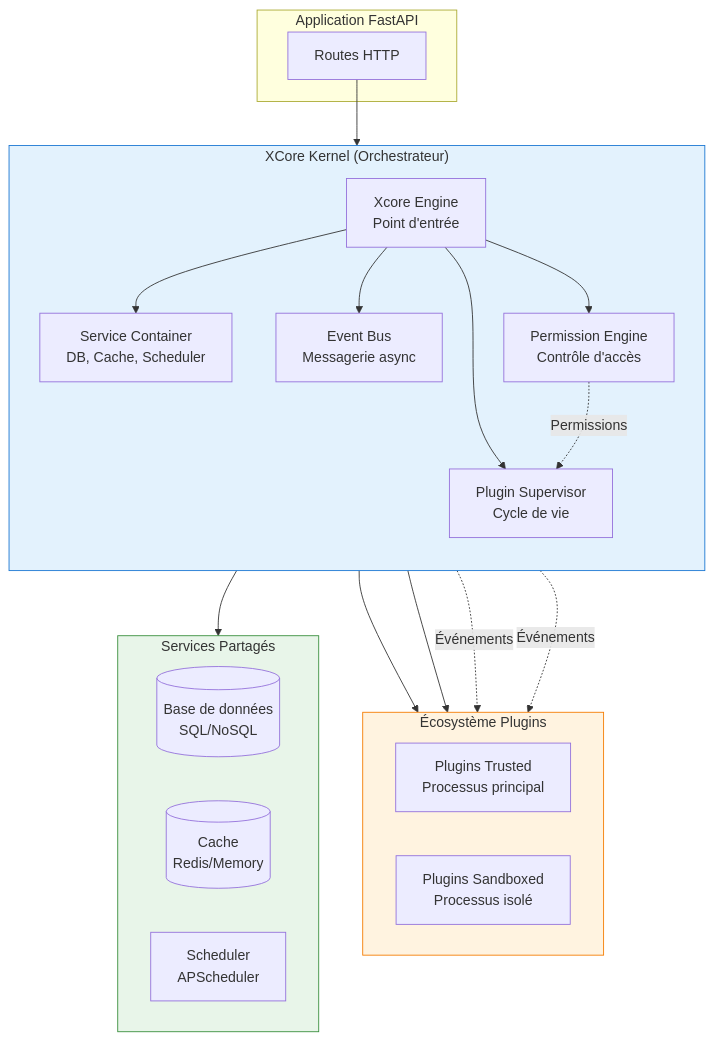
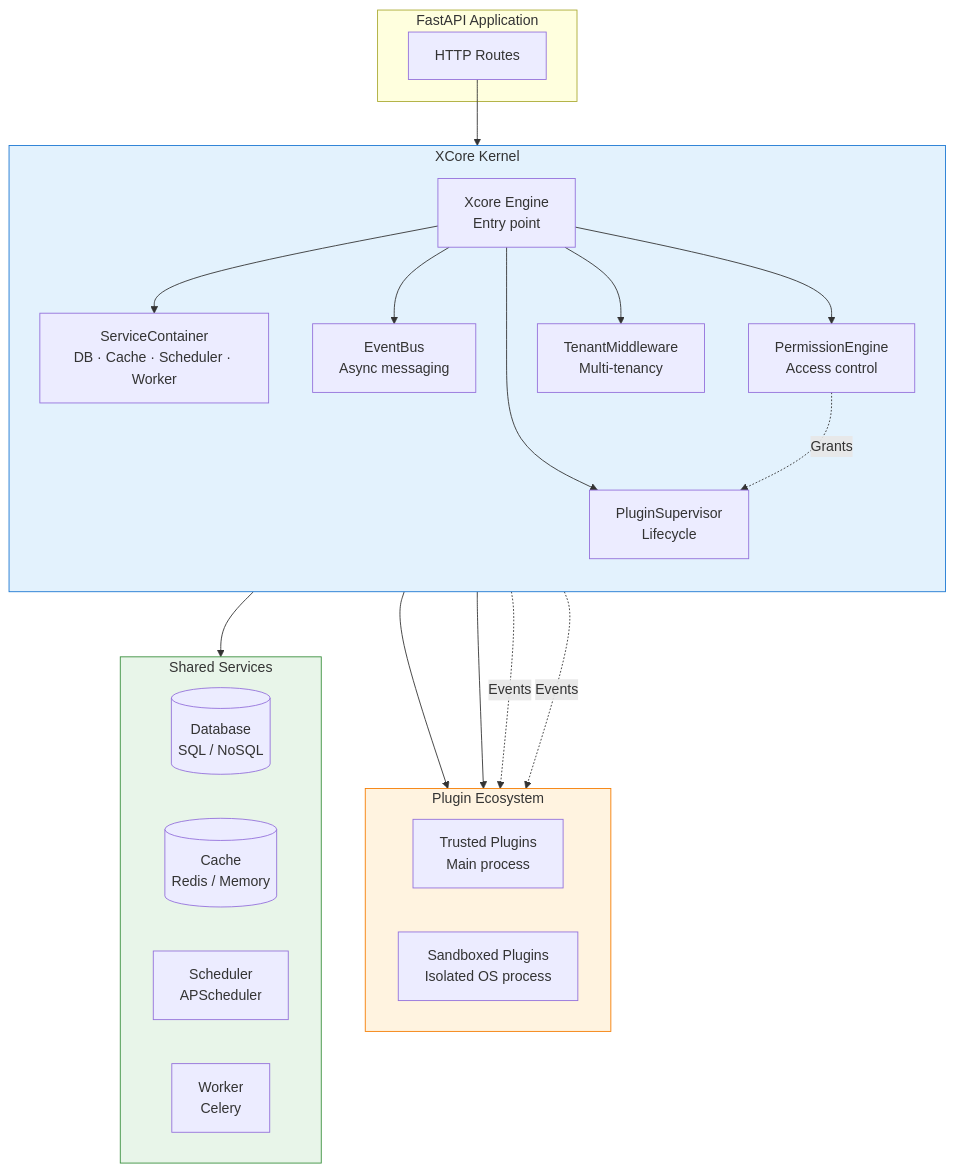
Before and after one commit to traoreera/xcore: the second of 3 diagrams in doc/index.md, drawn with Mermaid. The commit also changed other lines of this file and 41 other files, not shown here.

Commit message:
referance au package sdk de xcore-team pour xcore afin d'allege le code base du runtime

````diff
--- a/doc/index.md
+++ b/doc/index.md
@@ -67,45 +64,40 @@
 ```mermaid
 flowchart TB
-    subgraph App["Application FastAPI"]
-        FA[Routes HTTP]
+    subgraph App["FastAPI Application"]
+        FA[HTTP Routes]
     end
 
-    subgraph Kernel["XCore Kernel (Orchestrateur)"]
+    subgraph Kernel["XCore Kernel"]
         direction TB
-        X[Xcore Engine<br/>Point d'entrée]
-        SC[Service Container<br/>DB, Cache, Scheduler]
-        PS[Plugin Supervisor<br/>Cycle de vie]
-        EB[Event Bus<br/>Messagerie async]
-        PE[Permission Engine<br/>Contrôle d'accès]
+        X[Xcore Engine<br/>Entry point]
+        SC[ServiceContainer<br/>DB · Cache · Scheduler · Worker]
+        PS[PluginSupervisor<br/>Lifecycle]
+        EB[EventBus<br/>Async messaging]
+        PE[PermissionEngine<br/>Access control]
+        TM[TenantMiddleware<br/>Multi-tenancy]
     end
 
-    subgraph Plugins["Écosystème Plugins"]
+    subgraph Plugins["Plugin Ecosystem"]
         direction LR
-        TP[Plugins Trusted<br/>Processus principal]
-        SP[Plugins Sandboxed<br/>Processus isolé]
+        TP[Trusted Plugins<br/>Main process]
+        SP[Sandboxed Plugins<br/>Isolated OS process]
     end
 
-    subgraph Services["Services Partagés"]
-        DB[(Base de données<br/>SQL/NoSQL)]
-        CACHE[(Cache<br/>Redis/Memory)]
+    subgraph Services["Shared Services"]
+        DB[(Database<br/>SQL / NoSQL)]
+        CACHE[(Cache<br/>Redis / Memory)]
         SCHED[Scheduler<br/>APScheduler]
+        WORKER[Worker<br/>Celery]
     end
 
     FA --> X
-    X --> SC
-    X --> PS
-    X --> EB
-    X --> PE
-
+    X --> SC & PS & EB & PE & TM
     SC --> Services
-    PS --> TP
-    PS --> SP
-
-    EB -.->|Événements| TP
-    EB -.->|Événements| SP
-    PE -.->|Permissions| PS
+    PS --> TP & SP
+    EB -.->|Events| TP & SP
+    PE -.->|Grants| PS
 
     style Kernel fill:#E3F2FD,stroke:#1976D2
     style Plugins fill:#FFF3E0,stroke:#F57C00
     style Services fill:#E8F5E9,stroke:#388E3C
 ```
````
